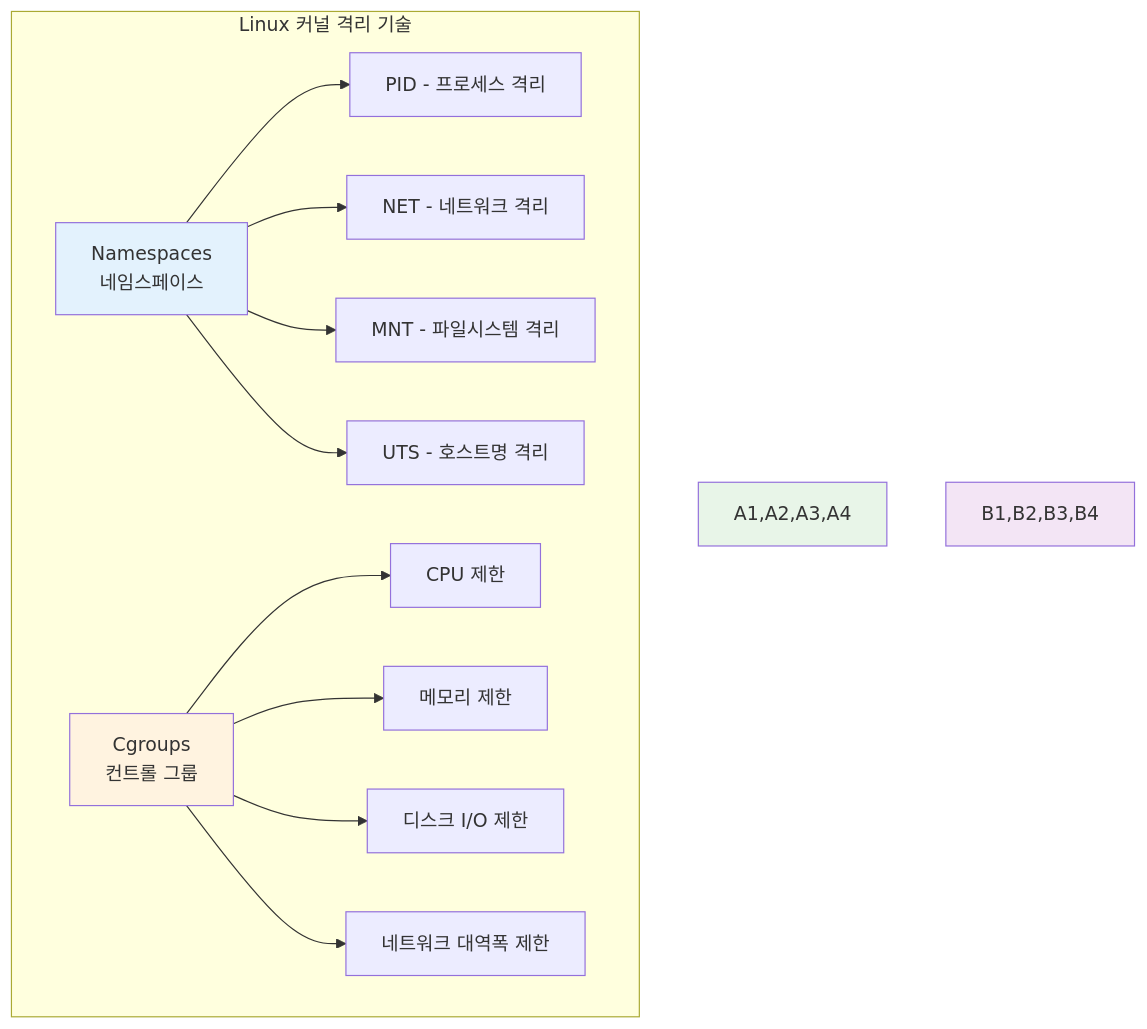
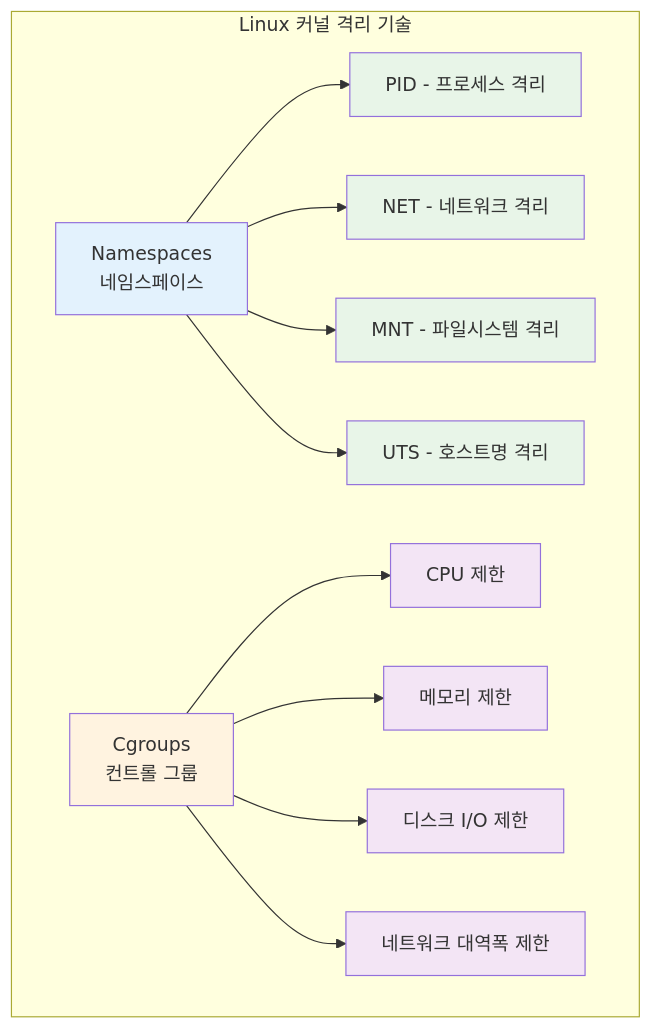
Before and after one commit to niceguy61/kdt_devops_lecture_2025: the third of 3 diagrams in theory/week_01/day2/session_3.md, drawn with Mermaid. The commit also changed other lines of this file and 1 other file, not shown here.

````diff
--- a/theory/week_01/day2/session_3.md
+++ b/theory/week_01/day2/session_3.md
@@ -102,19 +104,25 @@
 ```mermaid
 graph TB
     subgraph "Linux 커널 격리 기술"
         A[Namespaces<br/>네임스페이스] --> A1[PID - 프로세스 격리]
         A --> A2[NET - 네트워크 격리]
         A --> A3[MNT - 파일시스템 격리]
         A --> A4[UTS - 호스트명 격리]
         
         B[Cgroups<br/>컨트롤 그룹] --> B1[CPU 제한]
         B --> B2[메모리 제한]
         B --> B3[디스크 I/O 제한]
         B --> B4[네트워크 대역폭 제한]
     end
     
     style A fill:#e3f2fd
     style B fill:#fff3e0
-    style A1,A2,A3,A4 fill:#e8f5e8
-    style B1,B2,B3,B4 fill:#f3e5f5
+    style A1 fill:#e8f5e8
+    style A2 fill:#e8f5e8
+    style A3 fill:#e8f5e8
+    style A4 fill:#e8f5e8
+    style B1 fill:#f3e5f5
+    style B2 fill:#f3e5f5
+    style B3 fill:#f3e5f5
+    style B4 fill:#f3e5f5
 ```
````
